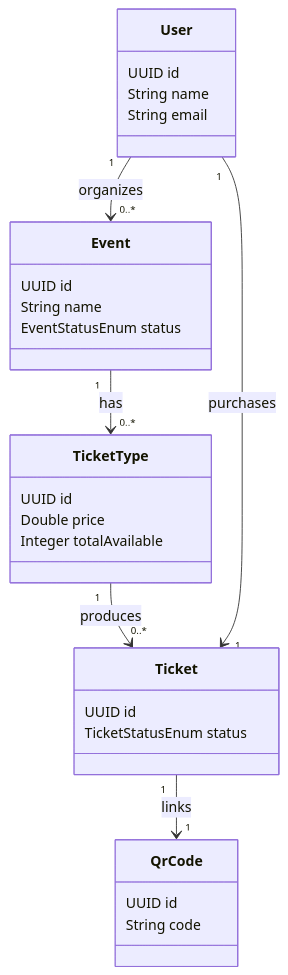
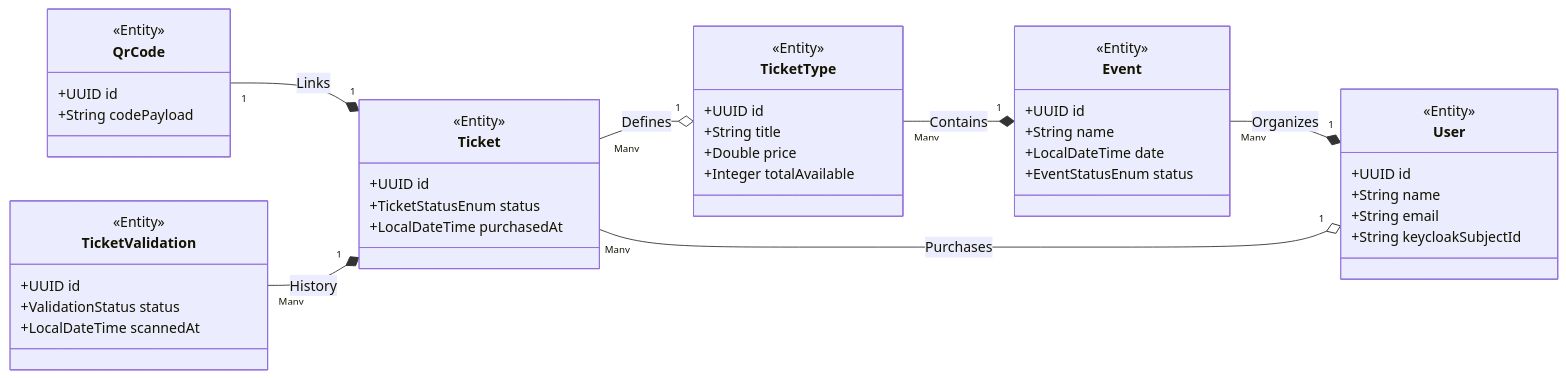
The fourth of 5 diagrams in README.md (himanshugupta91/TicketForge-Event-Ticket-Platform), drawn with Mermaid before and after one commit. The commit also changed other lines of this file, not shown here.

Commit message:
docs: improve README structure, architecture diagrams and interview questions

````diff
--- a/README.md
+++ b/README.md
@@ -146,36 +235,55 @@
 ```mermaid
 classDiagram
+    direction RL
+    
     class User {
-        UUID id
-        String name
-        String email
+        <<Entity>>
+        +UUID id
+        +String name
+        +String email
+        +String keycloakSubjectId
     }
 
     class Event {
-        UUID id
-        String name
-        EventStatusEnum status
+        <<Entity>>
+        +UUID id
+        +String name
+        +LocalDateTime date
+        +EventStatusEnum status
     }
 
     class TicketType {
-        UUID id
-        Double price
-        Integer totalAvailable
+        <<Entity>>
+        +UUID id
+        +String title
+        +Double price
+        +Integer totalAvailable
     }
 
     class Ticket {
-        UUID id
-        TicketStatusEnum status
+        <<Entity>>
+        +UUID id
+        +TicketStatusEnum status
+        +LocalDateTime purchasedAt
     }
     
     class QrCode {
-        UUID id
-        String code
+        <<Entity>>
+        +UUID id
+        +String codePayload
     }
 
-    User "1" --> "0..*" Event : organizes
-    Event "1" --> "0..*" TicketType : has
-    TicketType "1" --> "0..*" Ticket : produces
-    User "1" --> "1" Ticket : purchases
-    Ticket "1" --> "1" QrCode : links
+    class TicketValidation {
+        <<Entity>>
+        +UUID id
+        +ValidationStatus status
+        +LocalDateTime scannedAt
+    }
+
+    User "1" *-- "Many" Event : Organizes
+    Event "1" *-- "Many" TicketType : Contains
+    TicketType "1" o-- "Many" Ticket : Defines
+    User "1" o-- "Many" Ticket : Purchases
+    Ticket "1" *-- "1" QrCode : Links
+    Ticket "1" *-- "Many" TicketValidation : History
 ```
````
